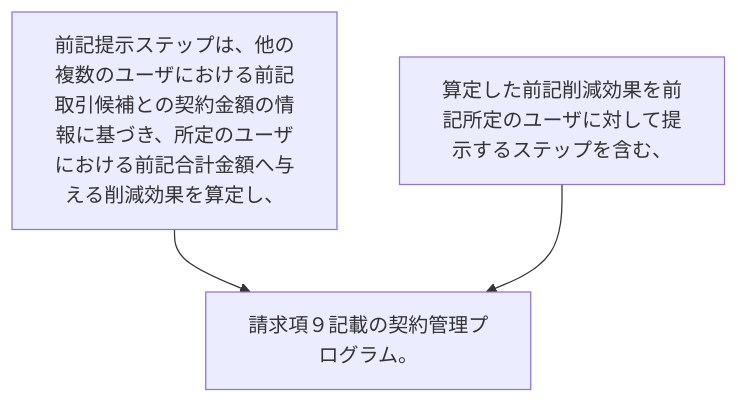
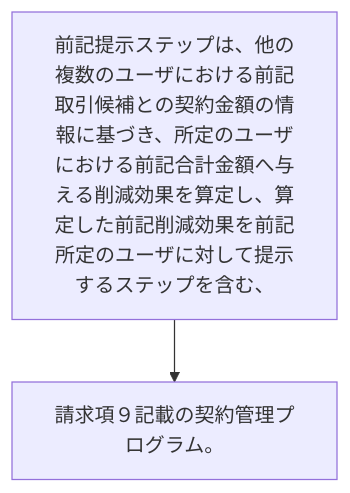
Before and after one commit to shinmori55/patent_analyzed: the diagram in 2024/JP2024014095A/claim_12/README.md, drawn with Mermaid. The commit also changed 336 other files, not shown here.

````diff
--- a/2024/JP2024014095A/claim_12/README.md
+++ b/2024/JP2024014095A/claim_12/README.md
@@ -3,8 +3,6 @@
 ```mermaid
 flowchart TD
-A[前記提示ステップは、他の複数のユーザにおける前記取引候補との契約金額の情報に基づき、所定のユーザにおける前記合計金額へ与える削減効果を算定し、]
-B[算定した前記削減効果を前記所定のユーザに対して提示するステップを含む、]
-C[請求項９記載の契約管理プログラム。]
-A --> C
-B --> C
+A[前記提示ステップは、他の複数のユーザにおける前記取引候補との契約金額の情報に基づき、所定のユーザにおける前記合計金額へ与える削減効果を算定し、算定した前記削減効果を前記所定のユーザに対して提示するステップを含む、]
+B[請求項９記載の契約管理プログラム。]
+A --> B
 ```
````
